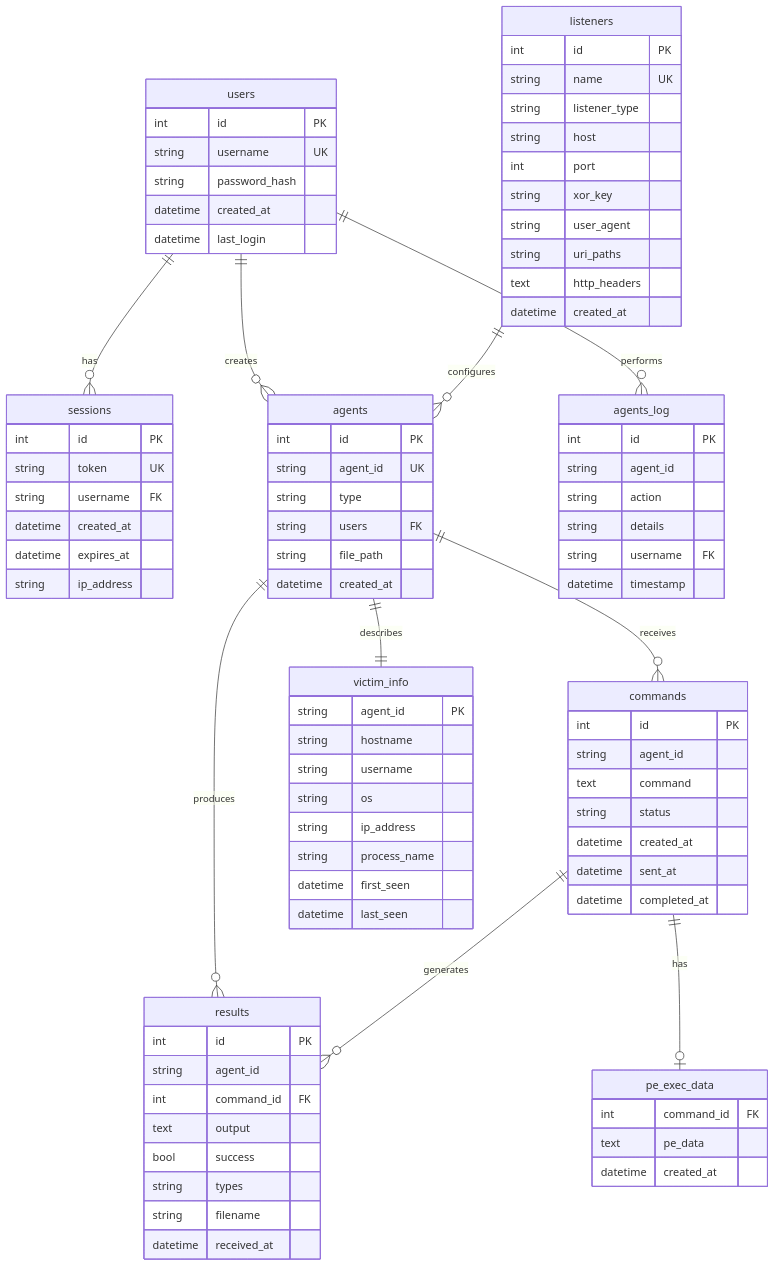
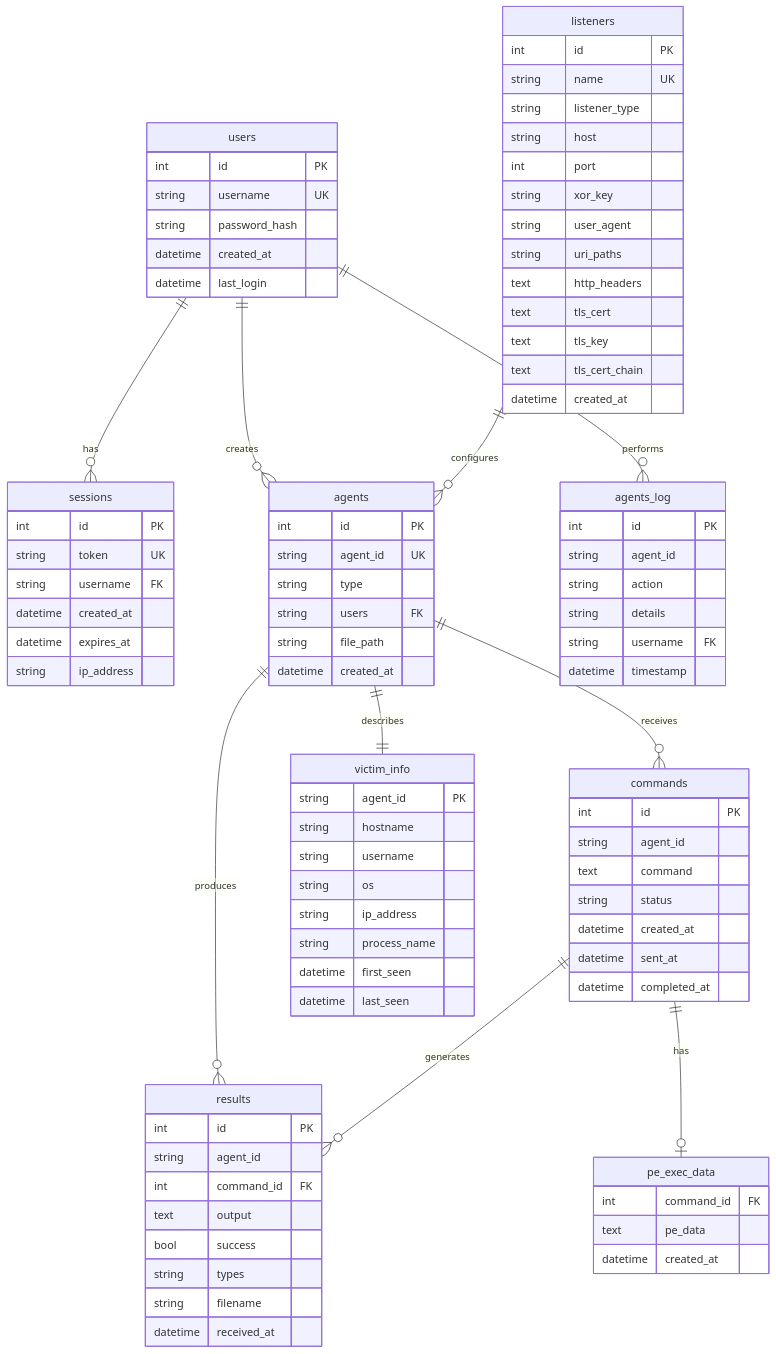
The fourth of 5 diagrams in docs/BACKEND.md (Xor290/C2-XOR), drawn with Mermaid before and after one commit. The commit also changed other lines of this file and 14 other files, not shown here.

```diff
--- a/docs/BACKEND.md
+++ b/docs/BACKEND.md
@@ -611,6 +665,9 @@
         string user_agent
         string uri_paths
         text http_headers
+        text tls_cert
+        text tls_key
+        text tls_cert_chain
         datetime created_at
     }
 
```
